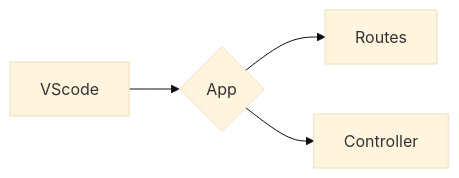
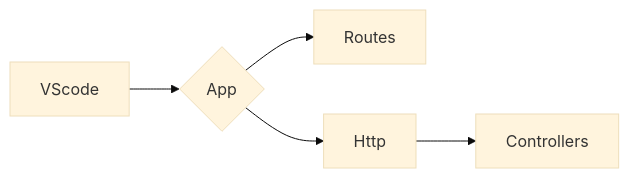
The diagram in readme.md (SauloCandeira/PHP-Laravel), drawn with Mermaid (base theme) before and after one commit.

````diff
--- a/readme.md
+++ b/readme.md
@@ -18,8 +18,9 @@
 ```mermaid
 flowchart LR
 B[VScode]
 
 B --> C{App}
 C --> K[Routes]
-C --> L[Controller]
+C --> L[Http]
+L --> M[Controllers]
 ```
````
